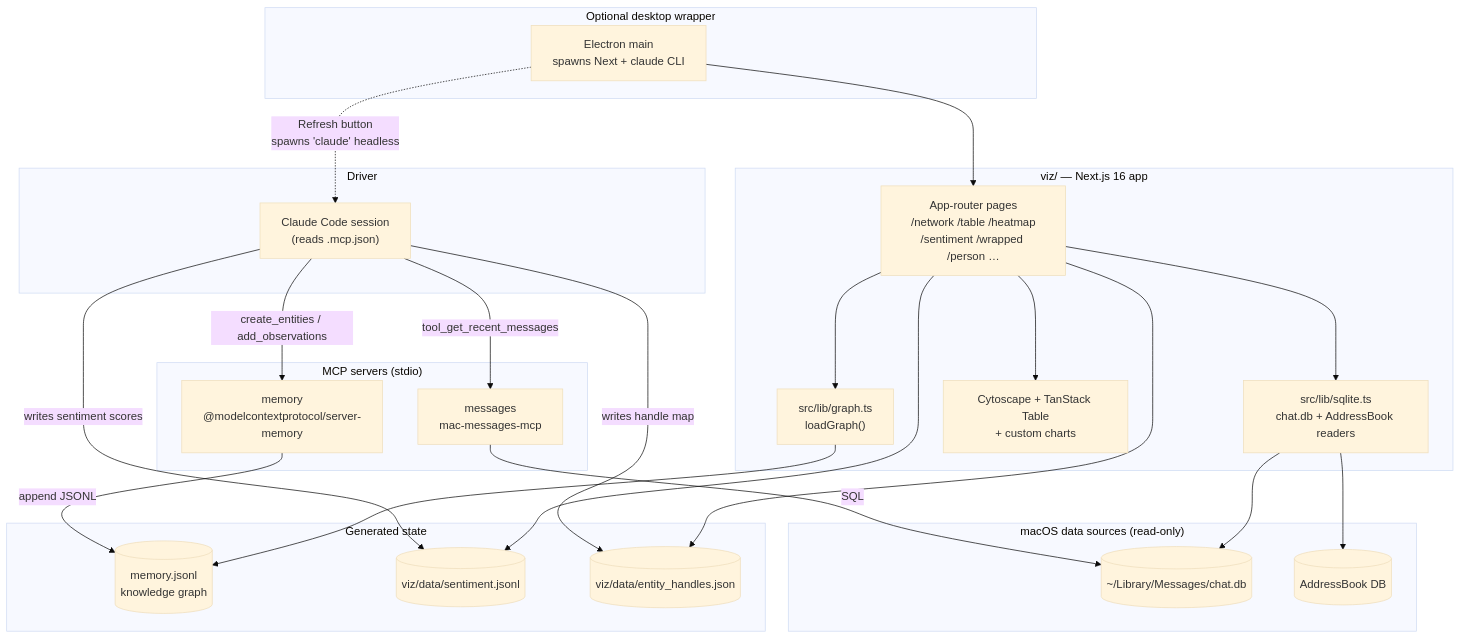
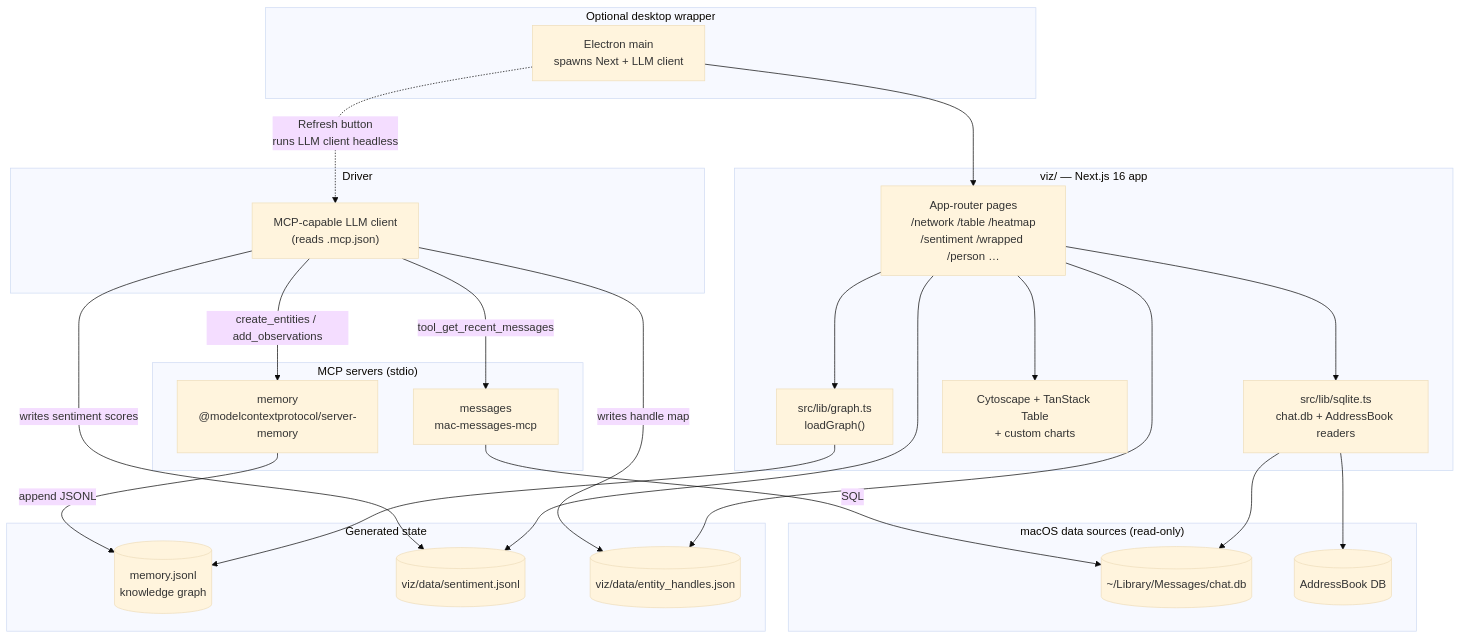
The diagram in public/data/portfolio/Orbit/architecture.md (Technical-1/All-About-Me), drawn with Mermaid (base theme) before and after one commit. The commit also changed other lines of this file and 80 other files, not shown here.

````diff
--- a/public/data/portfolio/Orbit/architecture.md
+++ b/public/data/portfolio/Orbit/architecture.md
@@ -5,52 +5,52 @@
 ```mermaid
 flowchart TD
     subgraph User["Driver"]
-        Claude["Claude Code session<br/>(reads .mcp.json)"]
+        Agent["MCP-capable LLM client<br/>(reads .mcp.json)"]
     end
 
     subgraph macOS["macOS data sources (read-only)"]
         ChatDB[("~/Library/Messages/chat.db")]
         AddrBook[("AddressBook DB")]
     end
 
     subgraph MCP["MCP servers (stdio)"]
         Messages["messages<br/>mac-messages-mcp"]
         Memory["memory<br/>@modelcontextprotocol/server-memory"]
     end
 
     subgraph Storage["Generated state"]
         MemFile[("memory.jsonl<br/>knowledge graph")]
         SentFile[("viz/data/sentiment.jsonl")]
         HandlesFile[("viz/data/entity_handles.json")]
     end
 
     subgraph Viz["viz/ — Next.js 16 app"]
         Loader["src/lib/graph.ts<br/>loadGraph()"]
         SQL["src/lib/sqlite.ts<br/>chat.db + AddressBook readers"]
         Pages["App-router pages<br/>/network /table /heatmap<br/>/sentiment /wrapped /person …"]
         UI["Cytoscape + TanStack Table<br/>+ custom charts"]
     end
 
     subgraph Desktop["Optional desktop wrapper"]
-        Electron["Electron main<br/>spawns Next + claude CLI"]
+        Electron["Electron main<br/>spawns Next + LLM client"]
     end
 
-    Claude -- "tool_get_recent_messages" --> Messages
-    Claude -- "create_entities / add_observations" --> Memory
+    Agent -- "tool_get_recent_messages" --> Messages
+    Agent -- "create_entities / add_observations" --> Memory
     Messages -- "SQL" --> ChatDB
     Memory -- "append JSONL" --> MemFile
-    Claude -- "writes sentiment scores" --> SentFile
-    Claude -- "writes handle map" --> HandlesFile
+    Agent -- "writes sentiment scores" --> SentFile
+    Agent -- "writes handle map" --> HandlesFile
 
     Loader --> MemFile
     SQL --> ChatDB
     SQL --> AddrBook
     Pages --> Loader
     Pages --> SQL
     Pages --> SentFile
     Pages --> HandlesFile
     Pages --> UI
 
     Electron --> Pages
-    Electron -. "Refresh button<br/>spawns 'claude' headless" .-> Claude
+    Electron -. "Refresh button<br/>runs LLM client headless" .-> Agent
 ```
````
